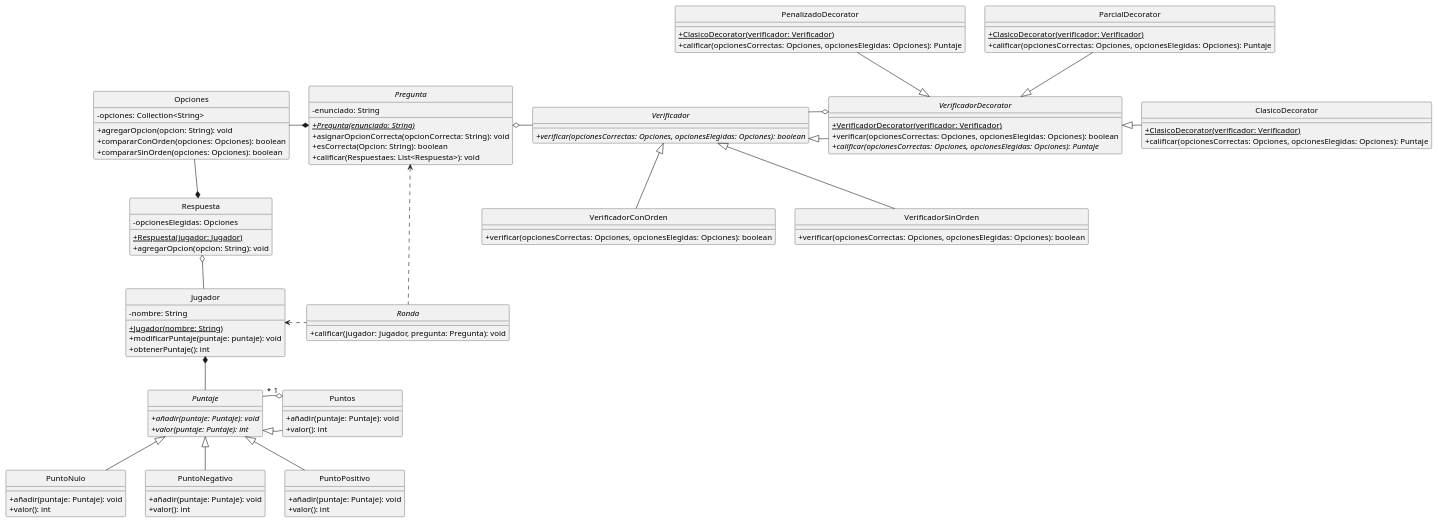
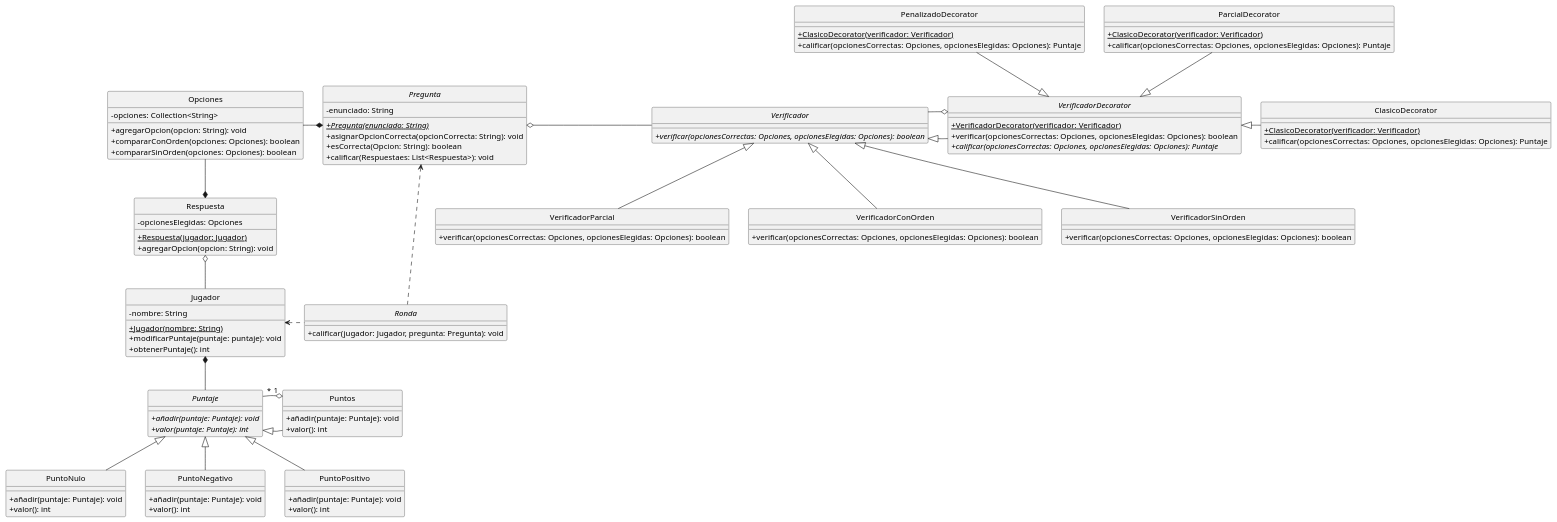
The diagram in src/main/java/edu/fiuba/algo3/modelo/diagramas/ModeloPosibleRefactorizacion.puml (AmayaSantos/TP2-1), drawn with PlantUML before and after one commit. The commit also changed 8 other files, not shown here.

```diff
--- a/src/main/java/edu/fiuba/algo3/modelo/diagramas/ModeloPosibleRefactorizacion.puml
+++ b/src/main/java/edu/fiuba/algo3/modelo/diagramas/ModeloPosibleRefactorizacion.puml
@@ -1,117 +1,122 @@
 @startuml
 hide circle
 skinparam classAttributeIconSize 0
 
 'Clases
 Class Opciones{
     -opciones: Collection<String>
     +agregarOpcion(opcion: String): void
     +compararConOrden(opciones: Opciones): boolean
     +compararSinOrden(opciones: Opciones): boolean
 }
 
 Abstract Class Pregunta{
     -enunciado: String
     +{abstract}{static}Pregunta(enunciado: String)
     +asignarOpcionCorrecta(opcionCorrecta: String): void
     +esCorrecta(Opcion: String): boolean
     +calificar(Respuestaes: List<Respuesta>): void
 }
 
 Class Respuesta{
     -opcionesElegidas: Opciones
     +{static}Respuesta(jugador: Jugador)
     +agregarOpcion(opcion: String): void
 }
 
 Class Jugador{
     -nombre: String
     +{Static}Jugador(nombre: String)
     +modificarPuntaje(puntaje: puntaje): void
     +obtenerPuntaje(): int
 }
 
 Abstract Class Puntaje{
     +{abstract}añadir(puntaje: Puntaje): void
     +{abstract}valor(puntaje: Puntaje): int
 }
 
 Class Puntos{
     +añadir(puntaje: Puntaje): void
     +valor(): int
 }
 
 Class PuntoNulo{
     +añadir(puntaje: Puntaje): void
     +valor(): int
 }
 
 Class PuntoNegativo{
     +añadir(puntaje: Puntaje): void
     +valor(): int
 }
 
 Class PuntoPositivo{
     +añadir(puntaje: Puntaje): void
     +valor(): int
 }
 
 Interface Verificador{
     +{abstract}verificar(opcionesCorrectas: Opciones, opcionesElegidas: Opciones): boolean
 }
 
 Class VerificadorConOrden{
     +verificar(opcionesCorrectas: Opciones, opcionesElegidas: Opciones): boolean
 }
 
 Class VerificadorSinOrden{
     +verificar(opcionesCorrectas: Opciones, opcionesElegidas: Opciones): boolean
 }
 
+Class VerificadorParcial{
+    +verificar(opcionesCorrectas: Opciones, opcionesElegidas: Opciones): boolean
+}
+
 Abstract Class VerificadorDecorator{
     +{Static}VerificadorDecorator(verificador: Verificador)
     +verificar(opcionesCorrectas: Opciones, opcionesElegidas: Opciones): boolean
     +{abstract}calificar(opcionesCorrectas: Opciones, opcionesElegidas: Opciones): Puntaje
 }
 
 Class ClasicoDecorator{
     +{Static}ClasicoDecorator(verificador: Verificador)
     +calificar(opcionesCorrectas: Opciones, opcionesElegidas: Opciones): Puntaje
 }
 
 Class PenalizadoDecorator{
     +{Static}ClasicoDecorator(verificador: Verificador)
     +calificar(opcionesCorrectas: Opciones, opcionesElegidas: Opciones): Puntaje
 }
 
 Class ParcialDecorator{
     +{Static}ClasicoDecorator(verificador: Verificador)
     +calificar(opcionesCorrectas: Opciones, opcionesElegidas: Opciones): Puntaje
 }
 
 Abstract Class Ronda{
     +calificar(jugador: Jugador, pregunta: Pregunta): void
 }
 
 'Relaciones
 Respuesta o-- Jugador
 Pregunta *-left- Opciones
 Respuesta *-up- Opciones
 PuntoNegativo -up-|> Puntaje
 PuntoNulo -up-|> Puntaje
 PuntoPositivo -up-|> Puntaje
 Puntos -left-|> Puntaje
 Puntos "1" o-left- "*" Puntaje
 Jugador *-- Puntaje
 Pregunta o-right- Verificador
 VerificadorDecorator -left-|> Verificador
 VerificadorDecorator o-left- Verificador
 VerificadorSinOrden -up-|> Verificador
 VerificadorConOrden -up-|> Verificador
+VerificadorParcial -up-|> Verificador
 ClasicoDecorator -left-|> VerificadorDecorator
 PenalizadoDecorator --|> VerificadorDecorator
 ParcialDecorator --|> VerificadorDecorator
 Ronda .left.> Jugador
 Ronda .left.> Pregunta
 
 @enduml
```
